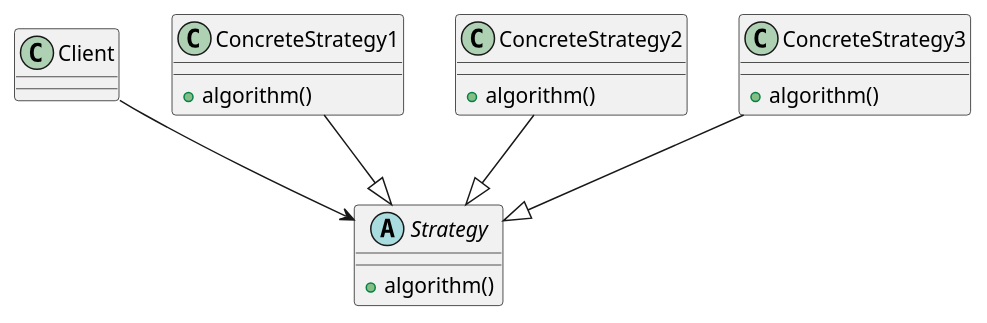
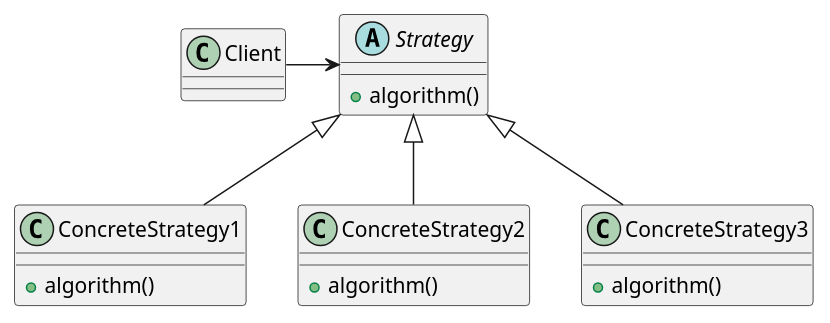
One commit to 2DGD-F0TH/2DGD_F0TH changed the diagram in raw_resources/images/design_patterns/class_strategy.puml. Above: the diagram before and after it, drawn with PlantUML. The commit also changed 23 other files, not shown here.

Commit message:
Updated design patterns UML diagrams

```diff
--- a/raw_resources/images/design_patterns/class_strategy.puml
+++ b/raw_resources/images/design_patterns/class_strategy.puml
@@ -1,26 +1,26 @@
 @startuml
 
 class Client
 
 abstract class Strategy{
     + algorithm()
 }
 
 class ConcreteStrategy1{
     + algorithm()
 }
 
 class ConcreteStrategy2{
     + algorithm()
 }
 
 class ConcreteStrategy3{
     + algorithm()
 }
 
-ConcreteStrategy1 --|> Strategy
-ConcreteStrategy2 --|> Strategy
-ConcreteStrategy3 --|> Strategy
+ConcreteStrategy1 -up-|> Strategy
+ConcreteStrategy2 -up-|> Strategy
+ConcreteStrategy3 -up-|> Strategy
 
-Client --> Strategy
+Client -right-> Strategy
 @enduml
```
